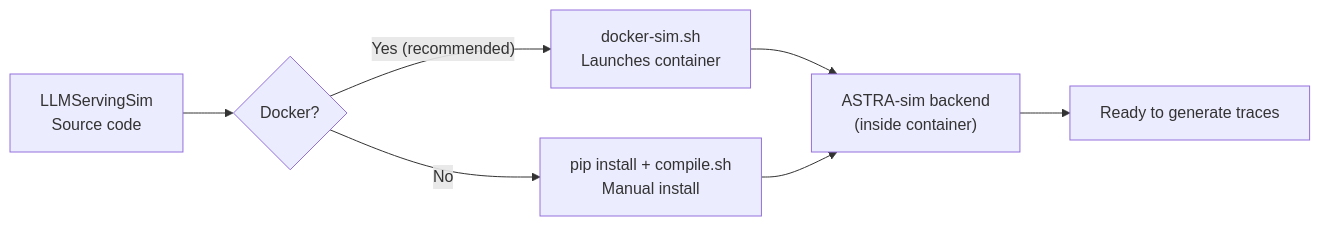
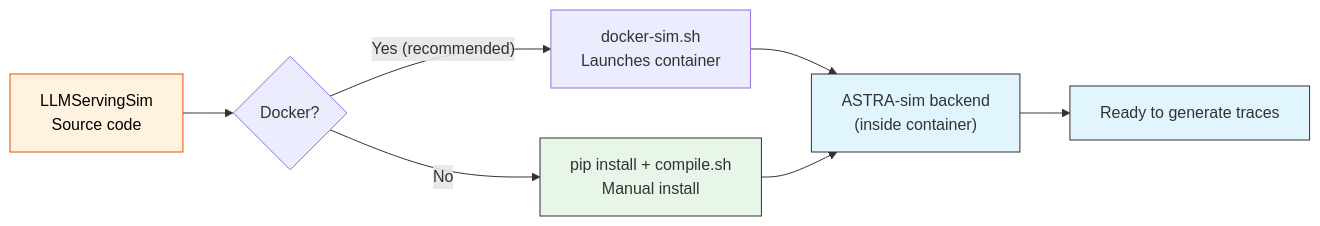
Before and after one commit to Anmol-S314/veritx-research: the tenth of 17 diagrams in tracks/t3-topology/dse/README.md, drawn with Mermaid. The commit also changed other lines of this file and 1 other file, not shown here.

First line of the commit message:
docs: improve Mermaid diagram styling across all 22 diagrams

````diff
--- a/tracks/t3-topology/dse/README.md
+++ b/tracks/t3-topology/dse/README.md
@@ -1478,9 +1606,21 @@
 ```mermaid
 flowchart LR
     A["LLMServingSim\nSource code"] --> B{"Docker?"}
     B -->|"Yes (recommended)"| C["docker-sim.sh\nLaunches container"]
     B -->|"No"| D["pip install + compile.sh\nManual install"]
     C --> E["ASTRA-sim backend\n(inside container)"]
     D --> E
     E --> F["Ready to generate traces"]
+
+    style D fill:#e8f5e9,stroke:#333
+    style E fill:#e1f5fe,stroke:#333
+    style F fill:#e1f5fe,stroke:#333
+
+
+    classDef input fill:#e1f5fe,stroke:#01579b,color:#000
+    classDef cli fill:#e8f5e9,stroke:#2e7d32,color:#000
+    classDef sim fill:#fff3e0,stroke:#e65100,color:#000
+    classDef api fill:#fce4ec,stroke:#c62828,color:#000
+    classDef output fill:#f3e5f5,stroke:#6a1b9a,color:#000
+    class A sim
 ```
````
